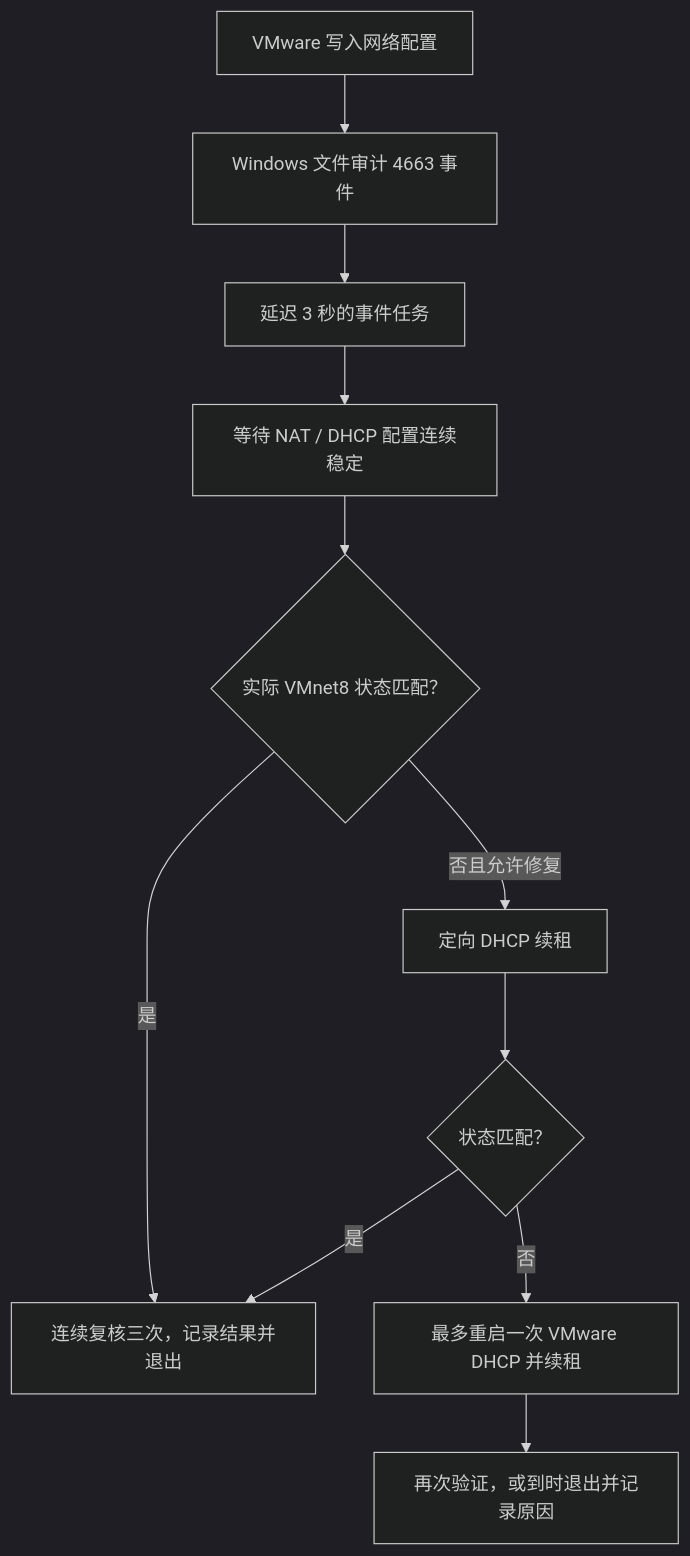
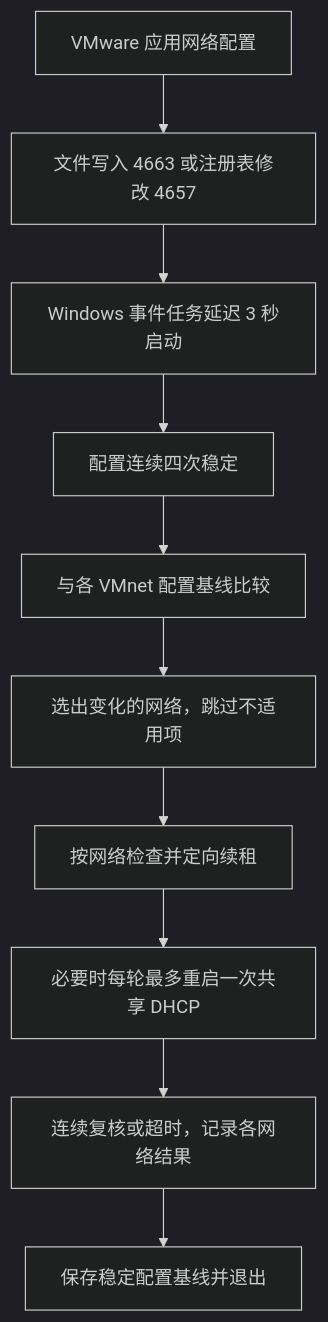
Before and after one commit to YanamiAnnaForensic/vmnet-sync: the diagram in docs/architecture.md, drawn with Mermaid (dark theme). The commit also changed other lines of this file and 22 other files, not shown here.

````diff
--- a/docs/architecture.md
+++ b/docs/architecture.md
@@ -5,13 +5,12 @@
 ```mermaid
 flowchart TD
-    A[VMware 写入网络配置] --> B[Windows 文件审计 4663 事件]
-    B --> C[延迟 3 秒的事件任务]
-    C --> D[等待 NAT / DHCP 配置连续稳定]
-    D --> E{实际 VMnet8 状态匹配？}
-    E -->|是| F[连续复核三次，记录结果并退出]
-    E -->|否且允许修复| G[定向 DHCP 续租]
-    G --> H{状态匹配？}
-    H -->|是| F
-    H -->|否| I[最多重启一次 VMware DHCP 并续租]
-    I --> J[再次验证，或到时退出并记录原因]
+    A[VMware 应用网络配置] --> B[文件写入 4663 或注册表修改 4657]
+    B --> C[Windows 事件任务延迟 3 秒启动]
+    C --> D[配置连续四次稳定]
+    D --> E[与各 VMnet 配置基线比较]
+    E --> F[选出变化的网络，跳过不适用项]
+    F --> G[按网络检查并定向续租]
+    G --> H[必要时每轮最多重启一次共享 DHCP]
+    H --> I[连续复核或超时，记录各网络结果]
+    I --> J[保存稳定配置基线并退出]
 ```
````
